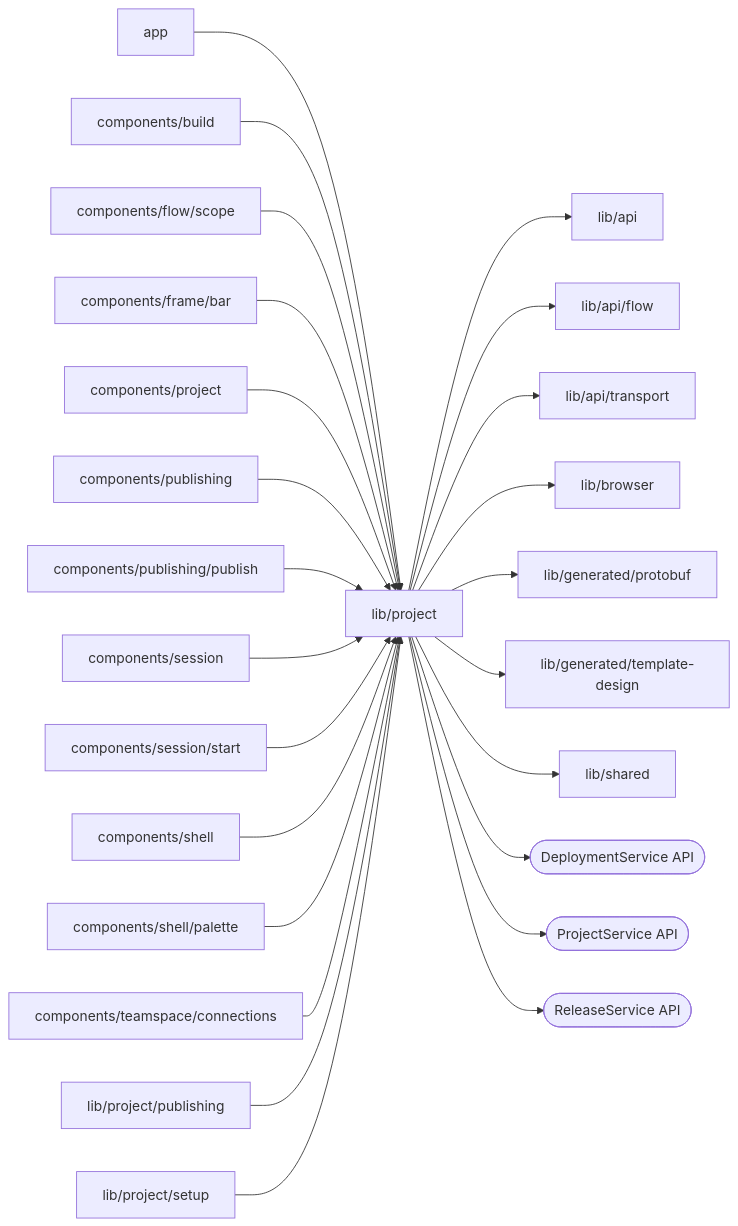
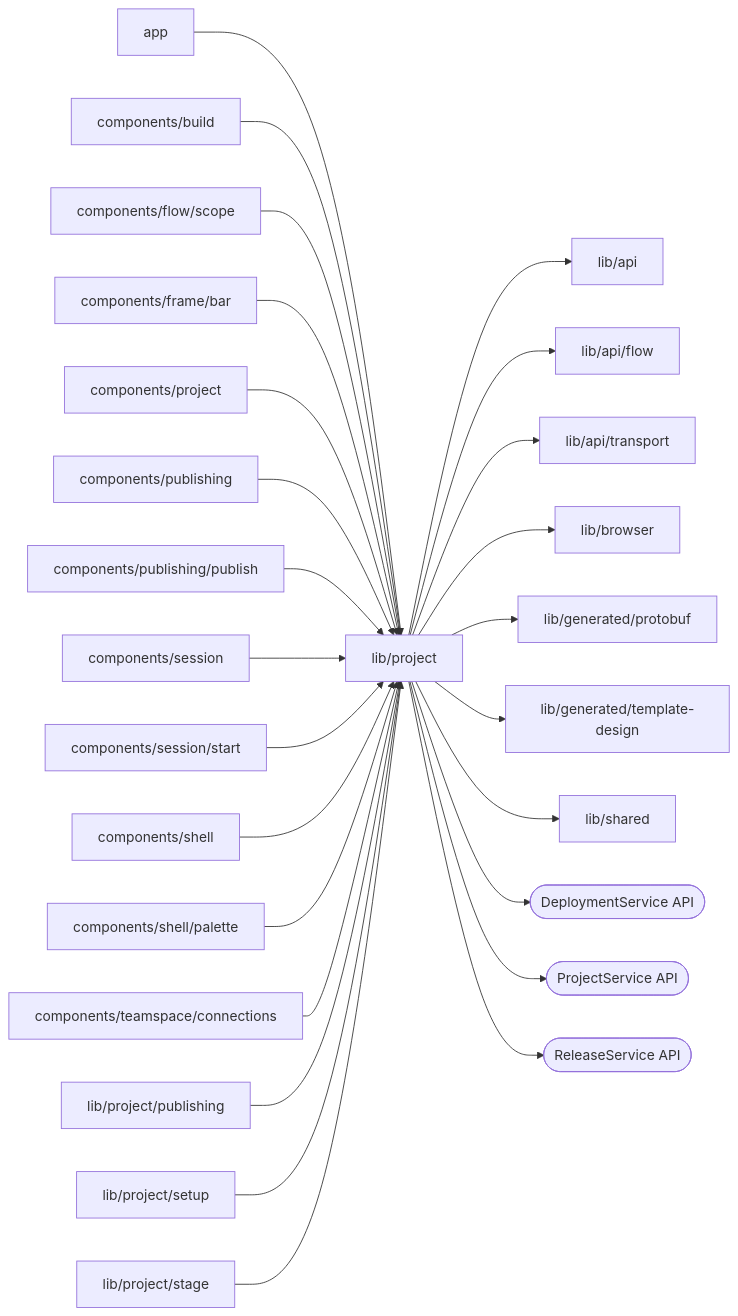
Before and after one commit to superdurable/superverse: the diagram in web/studio/lib/project/README.md, drawn with Mermaid. The commit also changed other lines of this file and 278 other files, not shown here.

````diff
--- a/web/studio/lib/project/README.md
+++ b/web/studio/lib/project/README.md
@@ -10,28 +10,29 @@
 ```mermaid
 flowchart LR
   self["lib/project"]
   c0["app"] --> self
   c1["components/build"] --> self
   c2["components/flow/scope"] --> self
   c3["components/frame/bar"] --> self
   c4["components/project"] --> self
   c5["components/publishing"] --> self
   c6["components/publishing/publish"] --> self
   c7["components/session"] --> self
   c8["components/session/start"] --> self
   c9["components/shell"] --> self
   c10["components/shell/palette"] --> self
   c11["components/teamspace/connections"] --> self
   c12["lib/project/publishing"] --> self
   c13["lib/project/setup"] --> self
+  c14["lib/project/stage"] --> self
   self --> d0["lib/api"]
   self --> d1["lib/api/flow"]
   self --> d2["lib/api/transport"]
   self --> d3["lib/browser"]
   self --> d4["lib/generated/protobuf"]
   self --> d5["lib/generated/template-design"]
   self --> d6["lib/shared"]
   self --> e0(["DeploymentService API"])
   self --> e1(["ProjectService API"])
   self --> e2(["ReleaseService API"])
 ```
````
